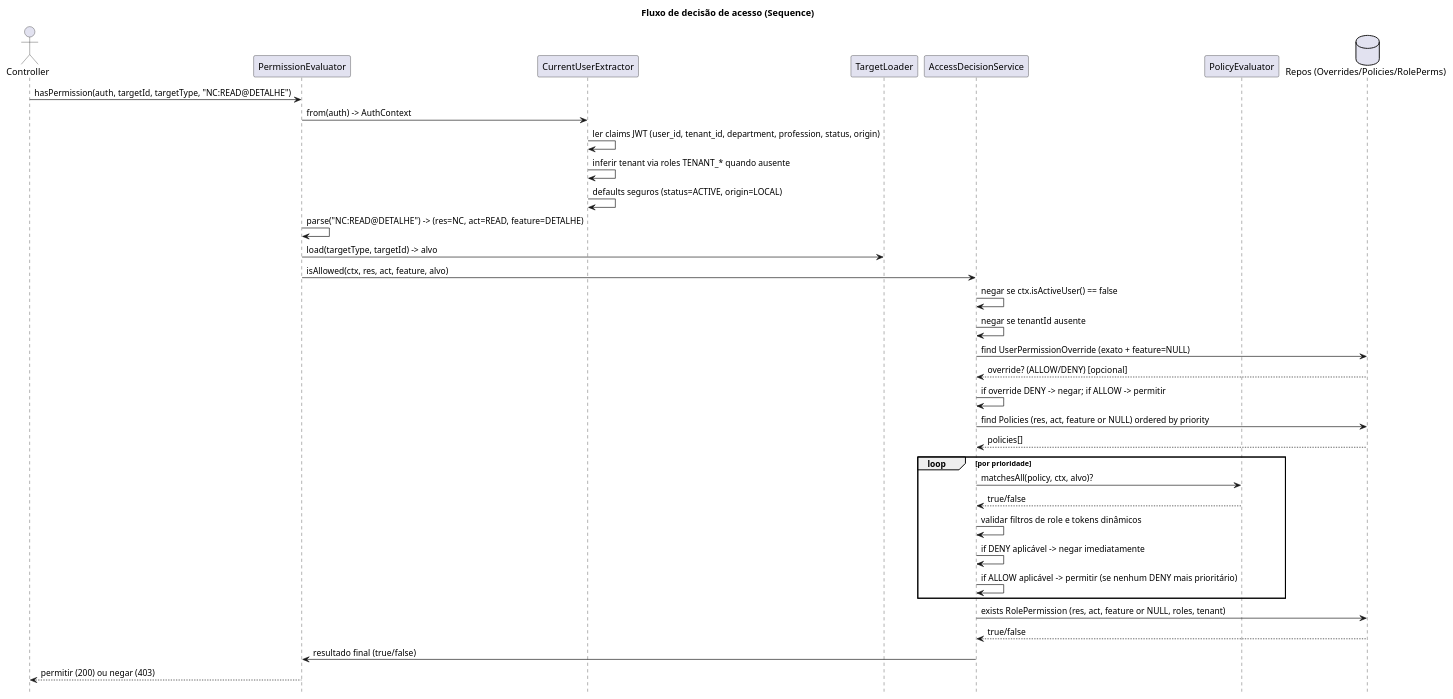
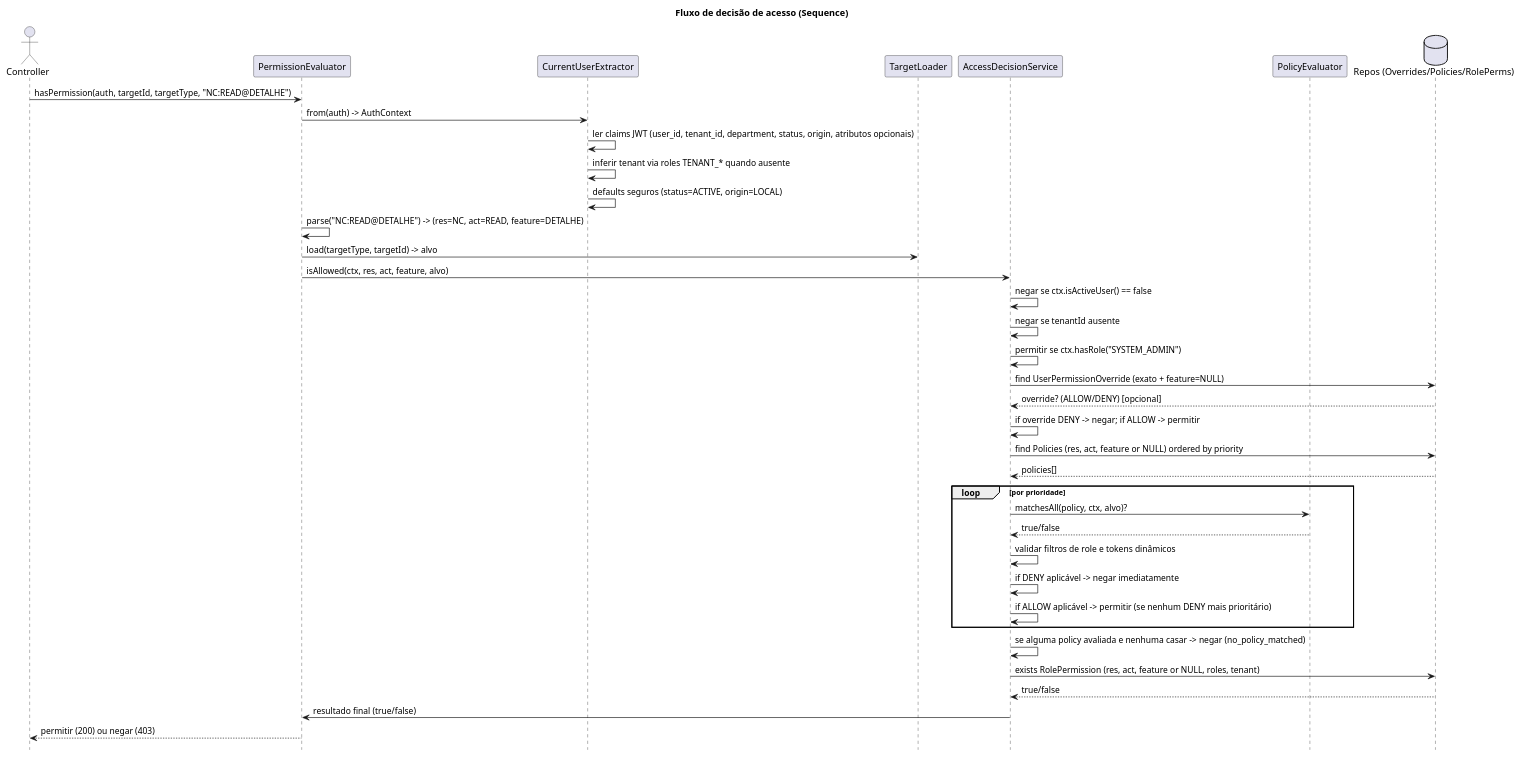
The diagram in docs/diagrams/security_sequence_diagram.puml (Santa-Casa-Fernandopolis/QualitasCareAPI), drawn with PlantUML before and after one commit. The commit also changed 3 other files, not shown here.

Commit message:
Update security documentation and diagrams

```diff
--- a/docs/diagrams/security_sequence_diagram.puml
+++ b/docs/diagrams/security_sequence_diagram.puml
@@ -1,43 +1,46 @@
 @startuml
 hide footbox
 title Fluxo de decisão de acesso (Sequence)
 
 actor Controller
 participant "PermissionEvaluator" as PE
 participant "CurrentUserExtractor" as CUE
 participant "TargetLoader" as TL
 participant "AccessDecisionService" as ADS
 participant "PolicyEvaluator" as PEV
 database "Repos (Overrides/Policies/RolePerms)" as REPO
 
 Controller -> PE: hasPermission(auth, targetId, targetType, "NC:READ@DETALHE")
 PE -> CUE: from(auth) -> AuthContext
-CUE -> CUE: ler claims JWT (user_id, tenant_id, department, profession, status, origin)
+CUE -> CUE: ler claims JWT (user_id, tenant_id, department, status, origin, atributos opcionais)
 CUE -> CUE: inferir tenant via roles TENANT_* quando ausente
 CUE -> CUE: defaults seguros (status=ACTIVE, origin=LOCAL)
 PE -> PE: parse("NC:READ@DETALHE") -> (res=NC, act=READ, feature=DETALHE)
 PE -> TL: load(targetType, targetId) -> alvo
 PE -> ADS: isAllowed(ctx, res, act, feature, alvo)
 
 ADS -> ADS: negar se ctx.isActiveUser() == false
 ADS -> ADS: negar se tenantId ausente
+ADS -> ADS: permitir se ctx.hasRole("SYSTEM_ADMIN")
 ADS -> REPO: find UserPermissionOverride (exato + feature=NULL)
 REPO --> ADS: override? (ALLOW/DENY) [opcional]
 ADS -> ADS: if override DENY -> negar; if ALLOW -> permitir
 
 ADS -> REPO: find Policies (res, act, feature or NULL) ordered by priority
 REPO --> ADS: policies[]
 loop por prioridade
   ADS -> PEV: matchesAll(policy, ctx, alvo)?
   PEV --> ADS: true/false
   ADS -> ADS: validar filtros de role e tokens dinâmicos
   ADS -> ADS: if DENY aplicável -> negar imediatamente
   ADS -> ADS: if ALLOW aplicável -> permitir (se nenhum DENY mais prioritário)
 end
 
+ADS -> ADS: se alguma policy avaliada e nenhuma casar -> negar (no_policy_matched)
+
 ADS -> REPO: exists RolePermission (res, act, feature or NULL, roles, tenant)
 REPO --> ADS: true/false
 ADS -> PE: resultado final (true/false)
 
 PE --> Controller: permitir (200) ou negar (403)
 @enduml
```
